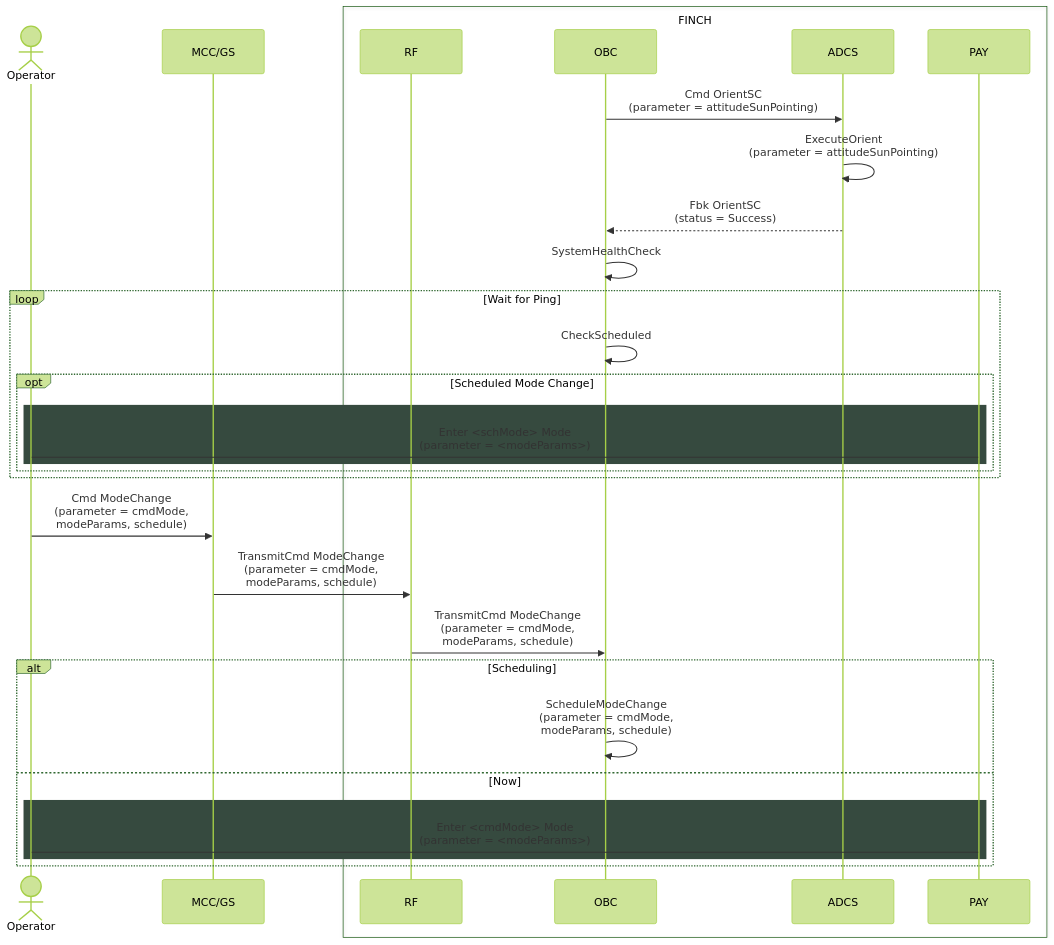
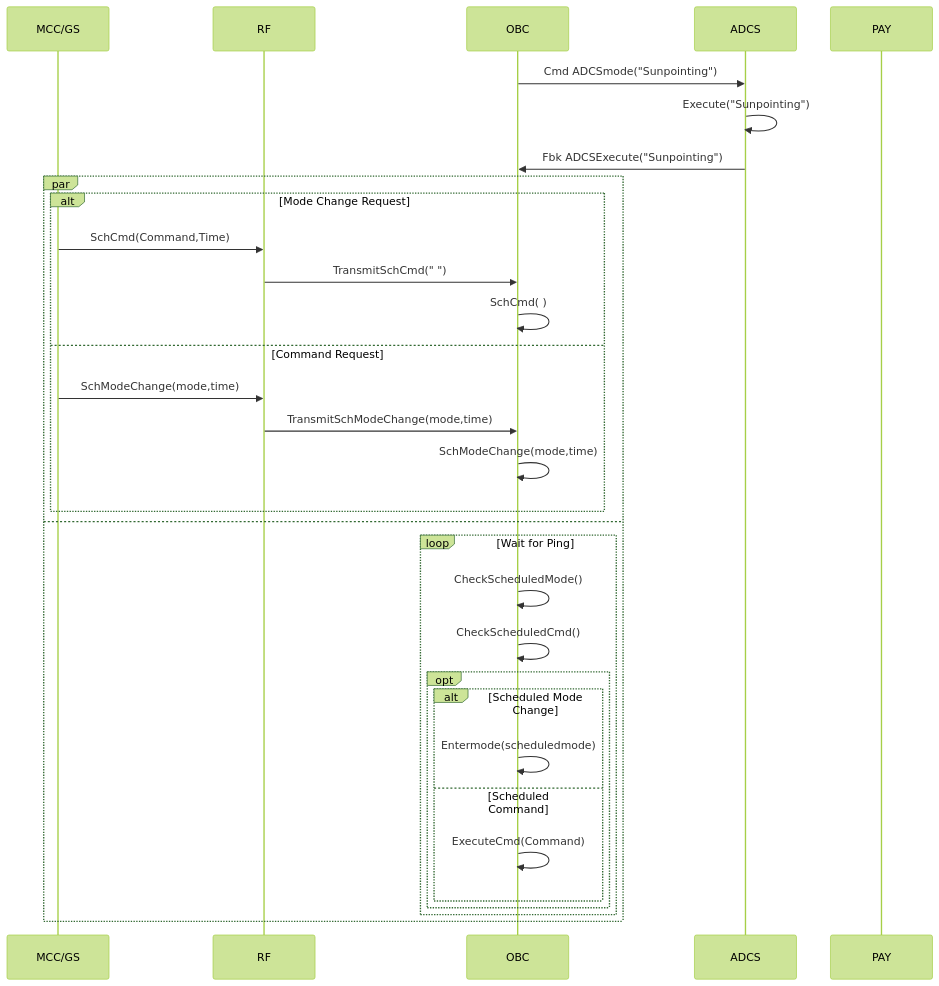
The diagram in command sequences/idle-command.md (Addy-lit/FINCH-system-architecture), drawn with Mermaid (forest theme) before and after one commit. The commit also changed other lines of this file, not shown here.

Commit message:
Updated Idle
Addison

````diff
--- a/command sequences/idle-command.md
+++ b/command sequences/idle-command.md
@@ -2,37 +2,39 @@
 ```mermaid
 sequenceDiagram
-    actor Operator
     participant MCC/GS
-    box FINCH
         participant RF
         participant OBC 
         participant ADCS
         participant PAY
-    end
 
-    OBC ->> ADCS: Cmd OrientSC <br> (parameter = attitudeSunPointing)
-    ADCS ->> ADCS: ExecuteOrient <br> (parameter = attitudeSunPointing)
-    ADCS -->> OBC: Fbk OrientSC <br> (status = Success)
-    OBC ->> OBC: SystemHealthCheck
 
-    loop Wait for Ping
-        OBC ->> OBC: CheckScheduled
-        opt Scheduled Mode Change
-            rect rgb(54,74,63)
-              	Operator -> PAY: Enter <schMode> Mode <br> (parameter = <modeParams>)
+    OBC ->> ADCS: Cmd ADCSmode("Sunpointing")
+    ADCS ->> ADCS: Execute("Sunpointing")
+    ADCS ->> OBC: Fbk ADCSExecute("Sunpointing")
+
+    par 
+        alt Mode Change Request
+            MCC/GS ->> RF: SchCmd(Command,Time)
+            RF ->> OBC: TransmitSchCmd("    ")
+            OBC ->> OBC: SchCmd(    )
+         else Command Request
+            MCC/GS ->> RF: SchModeChange(mode,time)
+            RF ->> OBC: TransmitSchModeChange(mode,time)
+            OBC ->> OBC: SchModeChange(mode,time)
+        end
+    and
+
+        loop Wait for Ping
+            OBC ->> OBC: CheckScheduledMode()
+            OBC ->> OBC: CheckScheduledCmd() 
+            opt
+                alt Scheduled Mode Change
+                     OBC ->> OBC: Entermode(scheduledmode)
+                else Scheduled Command
+                    OBC ->> OBC: ExecuteCmd(Command)
+                end
             end
         end
     end
-
-    Operator ->> MCC/GS: Cmd ModeChange <br> (parameter = cmdMode, <br> modeParams, schedule)
-    MCC/GS ->> RF: TransmitCmd ModeChange <br> (parameter = cmdMode, <br> modeParams, schedule)
-        RF ->> OBC: TransmitCmd ModeChange <br> (parameter = cmdMode, <br> modeParams, schedule)
-        alt Scheduling
-            OBC ->> OBC: ScheduleModeChange <br> (parameter = cmdMode, <br> modeParams, schedule)
-        else Now
-            rect rgb(54,74,63)
-                Operator -> PAY: Enter <cmdMode> Mode <br> (parameter = <modeParams>)
-            end
-        end
-
+ 
 ```
````
